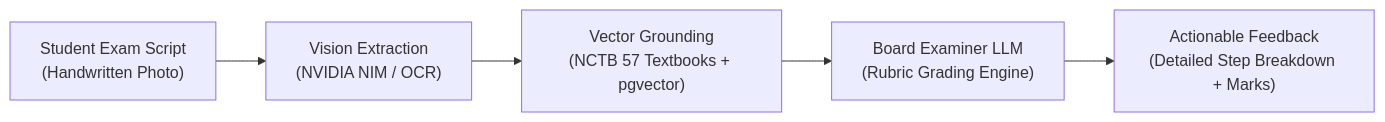
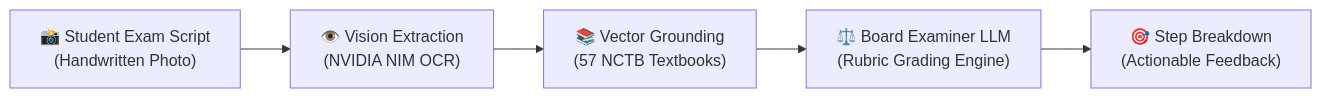
One commit to CodeStorm-Hub/Sheratutor changed the diagram in docs/index.md. Above: the diagram before and after it, drawn with Mermaid. The commit also changed other lines of this file and 117 other files, not shown here.

````diff
--- a/docs/index.md
+++ b/docs/index.md
@@ -90,7 +30,7 @@
 ```mermaid
 flowchart LR
-    A["Student Exam Script<br/>(Handwritten Photo)"] --> B["Vision Extraction<br/>(NVIDIA NIM / OCR)"]
-    B --> C["Vector Grounding<br/>(NCTB 57 Textbooks + pgvector)"]
-    C --> D["Board Examiner LLM<br/>(Rubric Grading Engine)"]
-    D --> E["Actionable Feedback<br/>(Detailed Step Breakdown + Marks)"]
+    A["📸 Student Exam Script<br/>(Handwritten Photo)"] --> B["👁️ Vision Extraction<br/>(NVIDIA NIM OCR)"]
+    B --> C["📚 Vector Grounding<br/>(57 NCTB Textbooks)"]
+    C --> D["⚖️ Board Examiner LLM<br/>(Rubric Grading Engine)"]
+    D --> E["🎯 Step Breakdown<br/>(Actionable Feedback)"]
 ```
````
